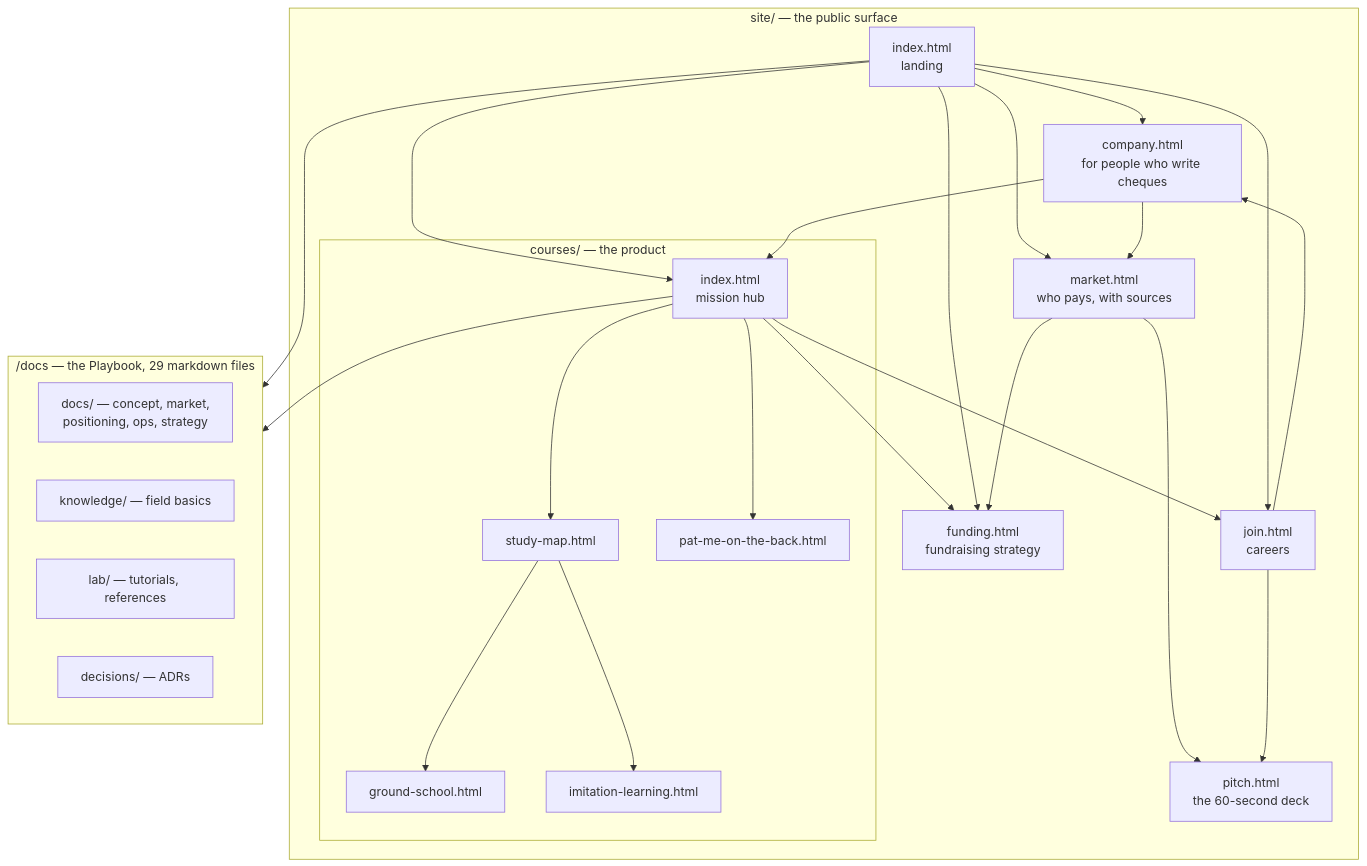
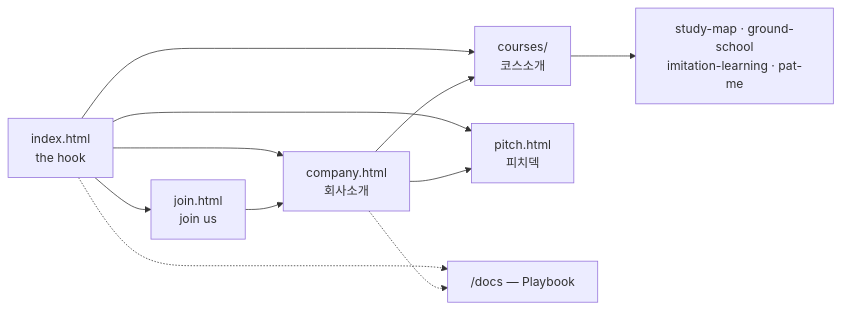
One commit to bookseal/physical-spark changed the diagram in docs/site-map.md. Above: the diagram before and after it, drawn with Mermaid. The commit also changed other lines of this file and 9 other files, not shown here.

First line of the commit message:
refactor(site): five public pages — index, company, courses, pitch, join

````diff
--- a/docs/site-map.md
+++ b/docs/site-map.md
@@ -13,35 +13,13 @@
 ```mermaid
-graph TD
-  subgraph PUBLIC["site/ — the public surface"]
-    IDX["index.html<br/>landing"]
-    CO["company.html<br/>for people who write cheques"]
-    MK["market.html<br/>who pays, with sources"]
-    PI["pitch.html<br/>the 60-second deck"]
-    JO["join.html<br/>careers"]
-    subgraph CUR["courses/ — the product"]
-      CI["index.html<br/>mission hub"]
-      SM["study-map.html"]
-      GS["ground-school.html"]
-      IL["imitation-learning.html"]
-      PM["pat-me-on-the-back.html"]
-    end
-    FU["funding.html<br/>fundraising strategy"]
-  end
-
-  subgraph PLAYBOOK["/docs — the Playbook, 29 markdown files"]
-    D1["docs/ — concept, market,<br/>positioning, ops, strategy"]
-    D2["knowledge/ — field basics"]
-    D3["lab/ — tutorials, references"]
-    D4["decisions/ — ADRs"]
-  end
-
-  IDX --> CO & MK & JO & CI & FU
-  CO --> MK & CI
-  MK --> FU & PI
-  JO --> CO & PI
-  CI --> SM & JO & FU
-  SM --> GS & IL
-  CI --> PM
-  IDX --> PLAYBOOK
-  CI --> PLAYBOOK
+graph LR
+  IDX["index.html<br/>the hook"] --> CO["company.html<br/>회사소개"]
+  IDX --> CU["courses/<br/>코스소개"]
+  IDX --> JO["join.html<br/>join us"]
+  IDX --> PI["pitch.html<br/>피치덱"]
+  CO --> PI
+  CO --> CU
+  JO --> CO
+  CU --> C1["study-map · ground-school<br/>imitation-learning · pat-me"]
+  IDX -.-> PB["/docs — Playbook"]
+  CO -.-> PB
 ```
````
